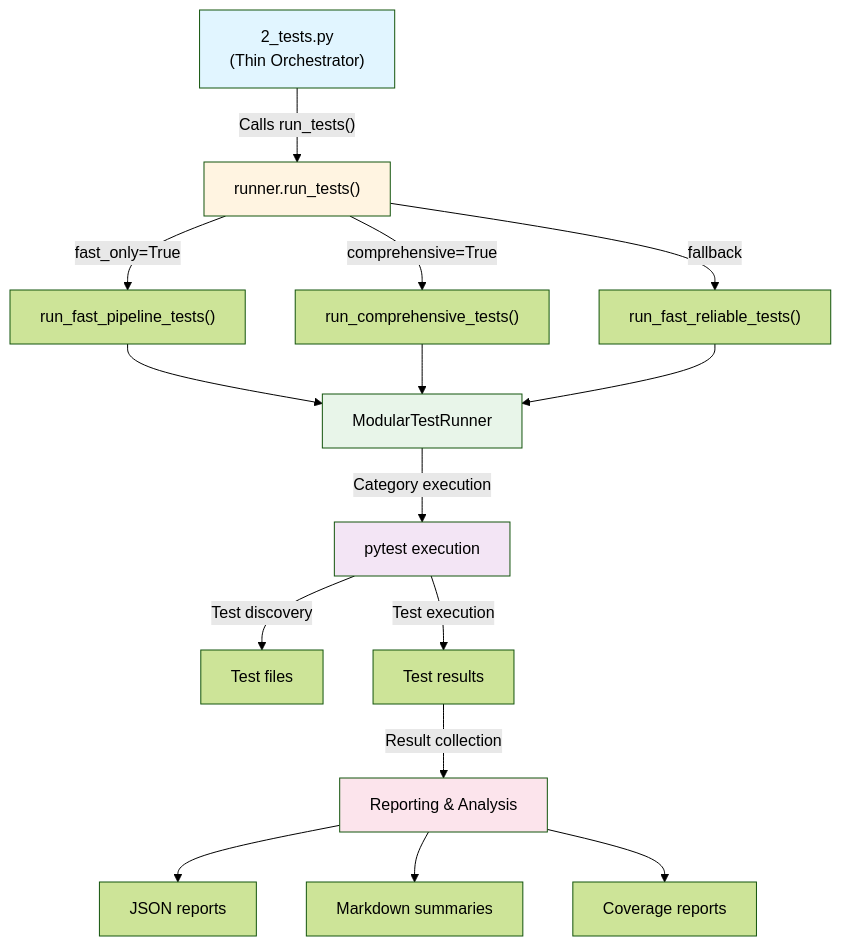
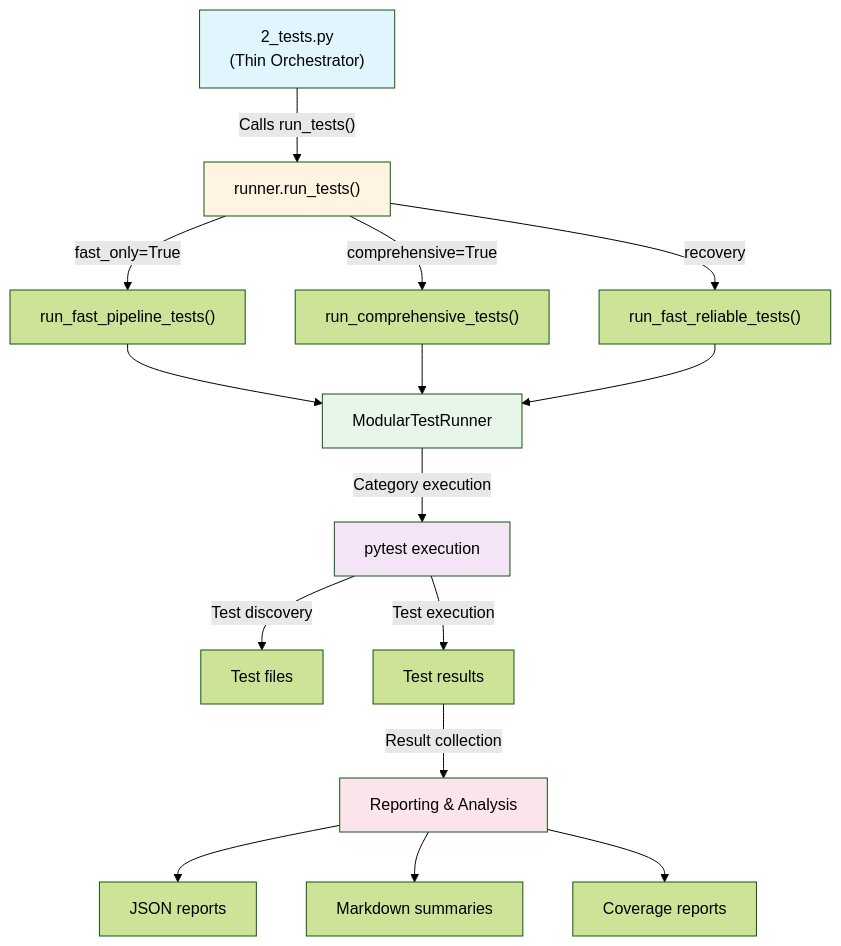
The diagram in src/tests/AGENTS.md (ActiveInferenceInstitute/GeneralizedNotationNotation), drawn with Mermaid (forest theme) before and after one commit. The commit also changed other lines of this file and 1183 other files, not shown here.

````diff
--- a/src/tests/AGENTS.md
+++ b/src/tests/AGENTS.md
@@ -343,26 +343,26 @@
 ```mermaid
 flowchart TD
     A["2_tests.py<br/>(Thin Orchestrator)"] -->|"Calls run_tests()"| B["runner.run_tests()"]
     B -->|"fast_only=True"| C["run_fast_pipeline_tests()"]
     B -->|"comprehensive=True"| D["run_comprehensive_tests()"]
-    B -->|"fallback"| E["run_fast_reliable_tests()"]
+    B -->|"recovery"| E["run_fast_reliable_tests()"]
     
     C --> F["ModularTestRunner"]
     D --> F
     E --> F
     
     F -->|"Category execution"| G["pytest execution"]
     G -->|"Test discovery"| H["Test files"]
     G -->|"Test execution"| I["Test results"]
     I -->|"Result collection"| J["Reporting & Analysis"]
     
     J --> K["JSON reports"]
     J --> L["Markdown summaries"]
     J --> M["Coverage reports"]
     
     style A fill:#e1f5ff
     style B fill:#fff4e1
     style F fill:#e8f5e9
     style G fill:#f3e5f5
     style J fill:#fce4ec
 ```
````
